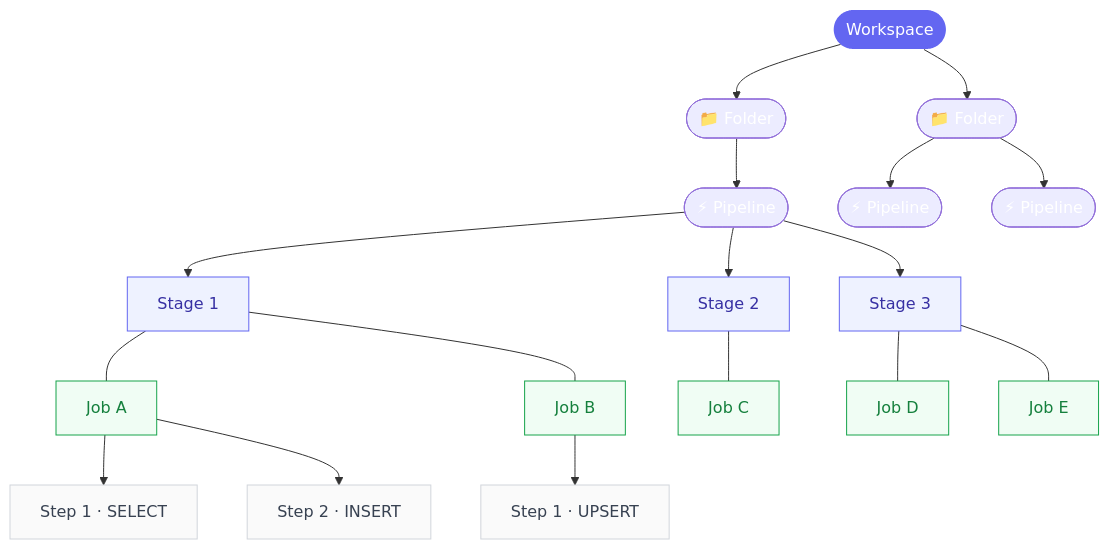
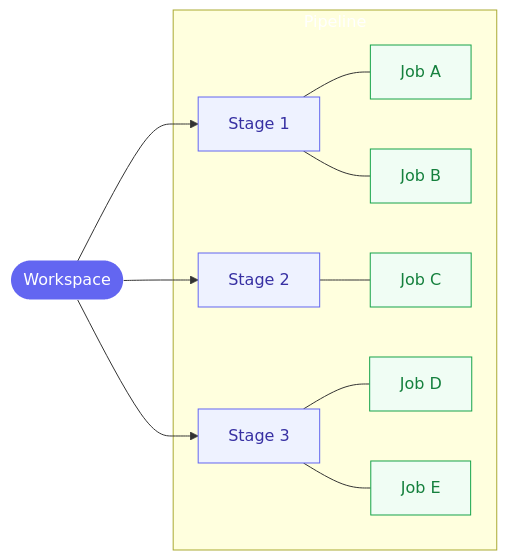
Before and after one commit to tibame201020/IrisPipe: the first of 7 diagrams in quarto/design.qmd, drawn with Mermaid. The commit also changed other lines of this file and 1 other file, not shown here.

Commit message:
docs: simplify Mermaid diagrams - reduce node text density for readability

````diff
--- a/quarto/design.qmd
+++ b/quarto/design.qmd
@@ -15,33 +15,21 @@
 ```{mermaid}
-graph TD
-  W([Workspace]):::root
+graph LR
+  W(["Workspace"]):::root --> S1["Stage 1"]
+  W --> S2["Stage 2"]
+  W --> S3["Stage 3"]
 
-  W --> F1(["📁 Folder"])
-  W --> F2(["📁 Folder"])
-  F1 --> P1(["⚡ Pipeline"])
-  F2 --> P2(["⚡ Pipeline"])
-  F2 --> P3(["⚡ Pipeline"])
+  subgraph "Pipeline"
+    S1 --- J1["Job A"]
+    S1 --- J2["Job B"]
+    S2 --- J3["Job C"]
+    S3 --- J4["Job D"]
+    S3 --- J5["Job E"]
+  end
 
-  P1 --> S1["Stage 1"]
-  P1 --> S2["Stage 2"]
-  P1 --> S3["Stage 3"]
-
-  S1 --- J1A["Job A"]
-  S1 --- J1B["Job B"]
-  S2 --- J2A["Job C"]
-  S3 --- J3A["Job D"]
-  S3 --- J3B["Job E"]
-
-  J1A --> ST1["Step 1 · SELECT"]
-  J1A --> ST2["Step 2 · INSERT"]
-  J1B --> ST3["Step 1 · UPSERT"]
-
-  classDef root fill:#6366f1,color:#fff,stroke:none
+  classDef root fill:#6366f1,color:#fff,stroke:none,rx:8
   classDef stage fill:#eef2ff,stroke:#6366f1,color:#3730a3
   classDef job fill:#f0fdf4,stroke:#16a34a,color:#15803d
-  classDef step fill:#fafafa,stroke:#d1d5db,color:#374151
 
   class S1,S2,S3 stage
-  class J1A,J1B,J2A,J3A,J3B job
-  class ST1,ST2,ST3 step
+  class J1,J2,J3,J4,J5 job
 ```
````
